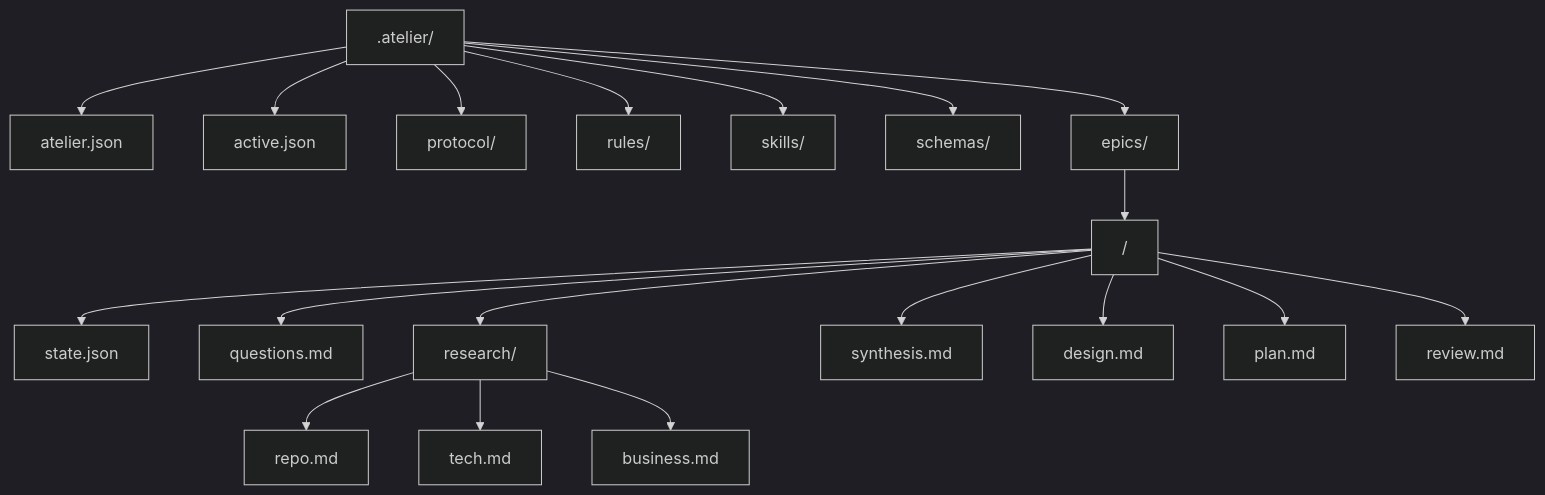
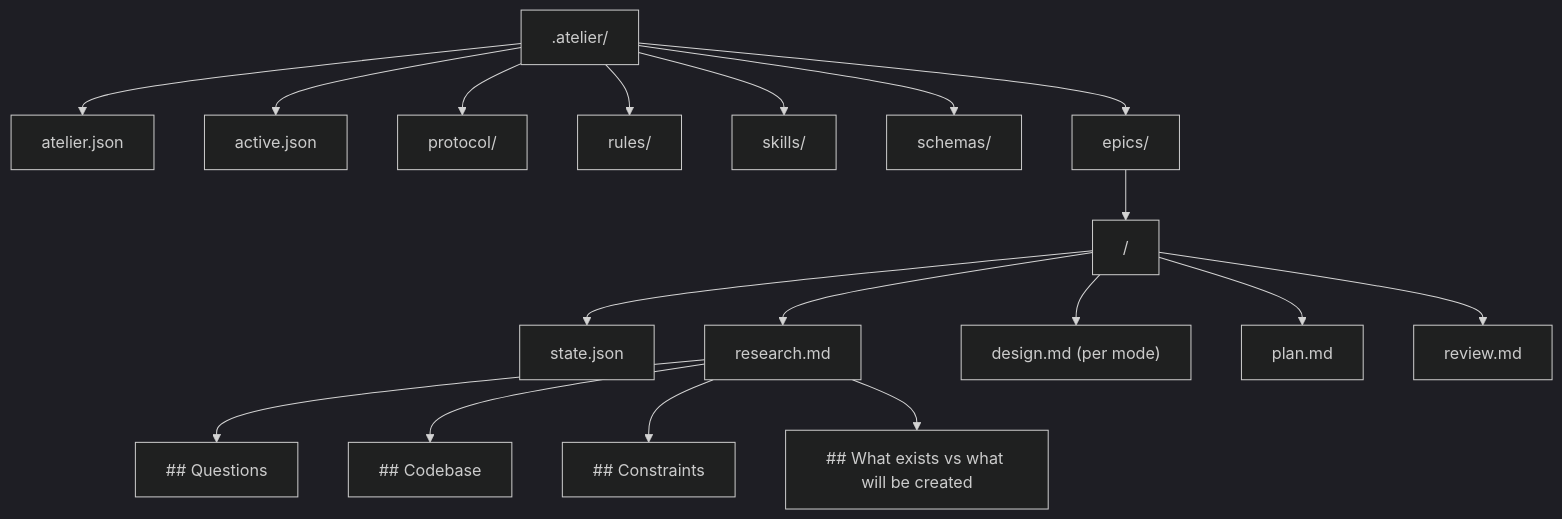
The fourth of 17 diagrams in atelier-kit-manifesto.md (atelier-kit/atelier-kit), drawn with Mermaid (dark theme) before and after one commit. The commit also changed other lines of this file and 39 other files, not shown here.

First line of the commit message:
feat: consolidate planning artifacts per PRI alignment (2/3/4 per mode)

````diff
--- a/atelier-kit-manifesto.md
+++ b/atelier-kit-manifesto.md
@@ -124,24 +122,23 @@
 ```mermaid
 flowchart TB
     Root[.atelier/]
     Root --> Config[atelier.json]
     Root --> Active[active.json]
     Root --> Protocol[protocol/]
     Root --> Rules[rules/]
     Root --> Skills[skills/]
     Root --> Schemas[schemas/]
     Root --> Epics[epics/]
 
     Epics --> Epic["<epic-slug>/"]
     Epic --> State[state.json]
-    Epic --> Questions[questions.md]
-    Epic --> Research[research/]
-    Epic --> Synthesis[synthesis.md]
-    Epic --> Design[design.md]
+    Epic --> Research[research.md]
+    Epic --> Design["design.md (per mode)"]
     Epic --> Plan[plan.md]
     Epic --> Review[review.md]
 
-    Research --> Repo[repo.md]
-    Research --> Tech[tech.md]
-    Research --> Business[business.md]
+    Research --> Questions[## Questions]
+    Research --> Codebase[## Codebase]
+    Research --> Constraints[## Constraints]
+    Research --> Exists[## What exists vs what will be created]
 ```
````
